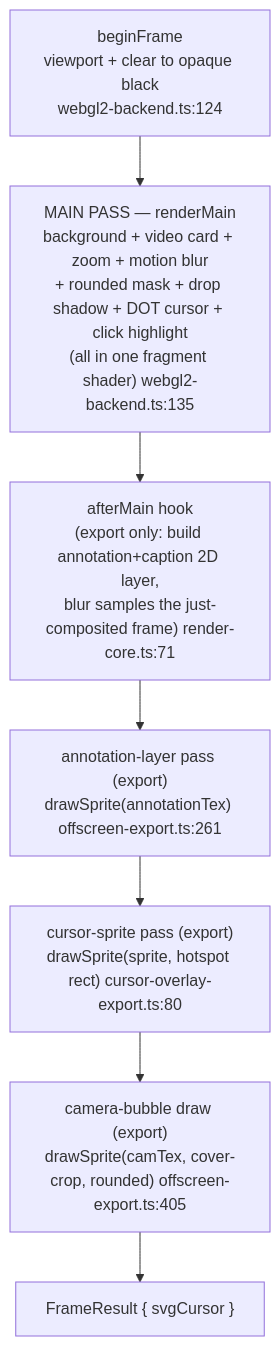
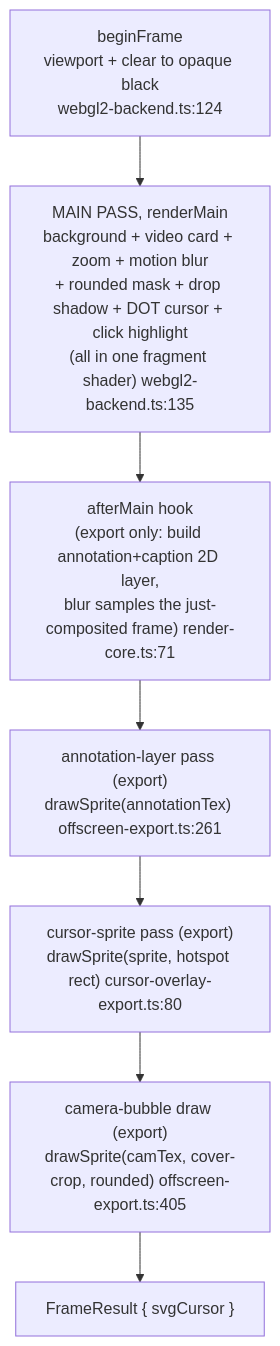
Before and after one commit to kanakkholwal/recast: the second of 2 diagrams in apps/web/content/architecture/preview-rendercore.md, drawn with Mermaid. The commit also changed other lines of this file and 57 other files, not shown here.

````diff
--- a/apps/web/content/architecture/preview-rendercore.md
+++ b/apps/web/content/architecture/preview-rendercore.md
@@ -86,12 +86,12 @@
 ```mermaid
 flowchart TD
   begin["beginFrame<br/>viewport + clear to opaque black<br/>webgl2-backend.ts:124"]
-  main["MAIN PASS — renderMain<br/>background + video card + zoom + motion blur<br/>+ rounded mask + drop shadow + DOT cursor + click highlight<br/>(all in one fragment shader) webgl2-backend.ts:135"]
+  main["MAIN PASS, renderMain<br/>background + video card + zoom + motion blur<br/>+ rounded mask + drop shadow + DOT cursor + click highlight<br/>(all in one fragment shader) webgl2-backend.ts:135"]
   after["afterMain hook<br/>(export only: build annotation+caption 2D layer,<br/>blur samples the just-composited frame) render-core.ts:71"]
   anno["annotation-layer pass (export)<br/>drawSprite(annotationTex) offscreen-export.ts:261"]
   cursor["cursor-sprite pass (export)<br/>drawSprite(sprite, hotspot rect) cursor-overlay-export.ts:80"]
   camera["camera-bubble draw (export)<br/>drawSprite(camTex, cover-crop, rounded) offscreen-export.ts:405"]
   result["FrameResult { svgCursor }"]
 
   begin --> main --> after --> anno --> cursor --> camera --> result
 ```
````
